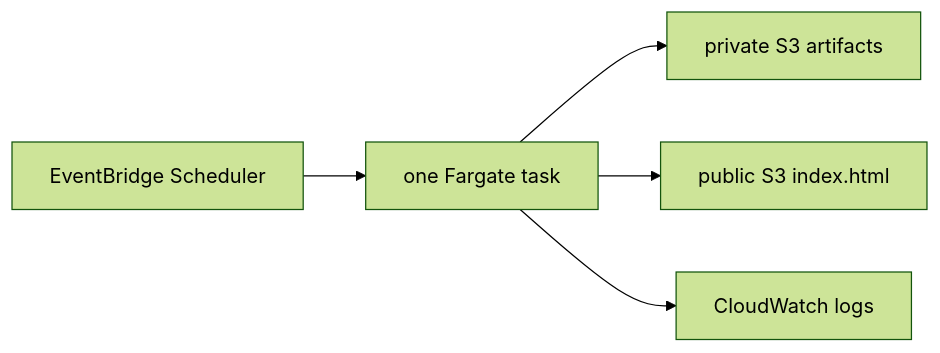
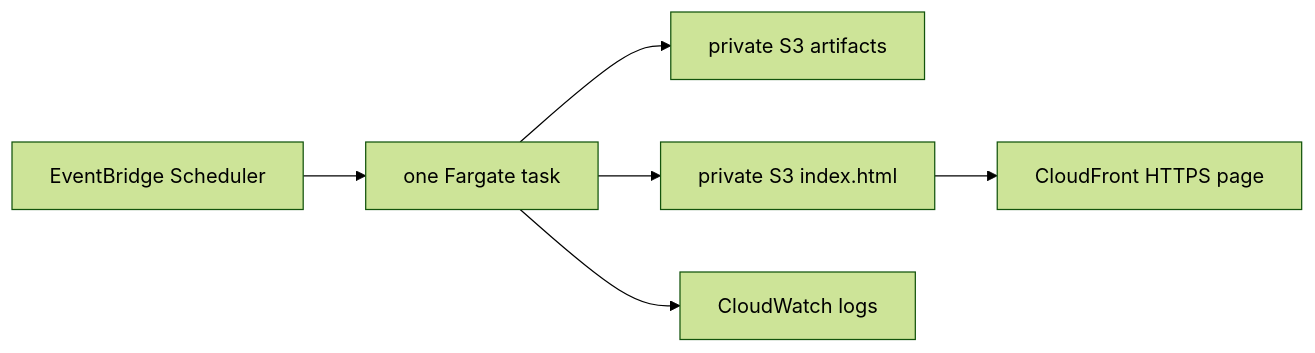
Before and after one commit to PeterBjerreHansen/dk_electricity_forecasting: the diagram in docs/aws-deployment-plan.md, drawn with Mermaid (forest theme). The commit also changed other lines of this file and 12 other files, not shown here.

````diff
--- a/docs/aws-deployment-plan.md
+++ b/docs/aws-deployment-plan.md
@@ -14,7 +14,8 @@
 ```mermaid
 flowchart LR
     S["EventBridge Scheduler"] --> F["one Fargate task"]
     F --> A["private S3 artifacts"]
-    F --> H["public S3 index.html"]
+    F --> H["private S3 index.html"]
+    H --> C["CloudFront HTTPS page"]
     F --> L["CloudWatch logs"]
 ```
````
